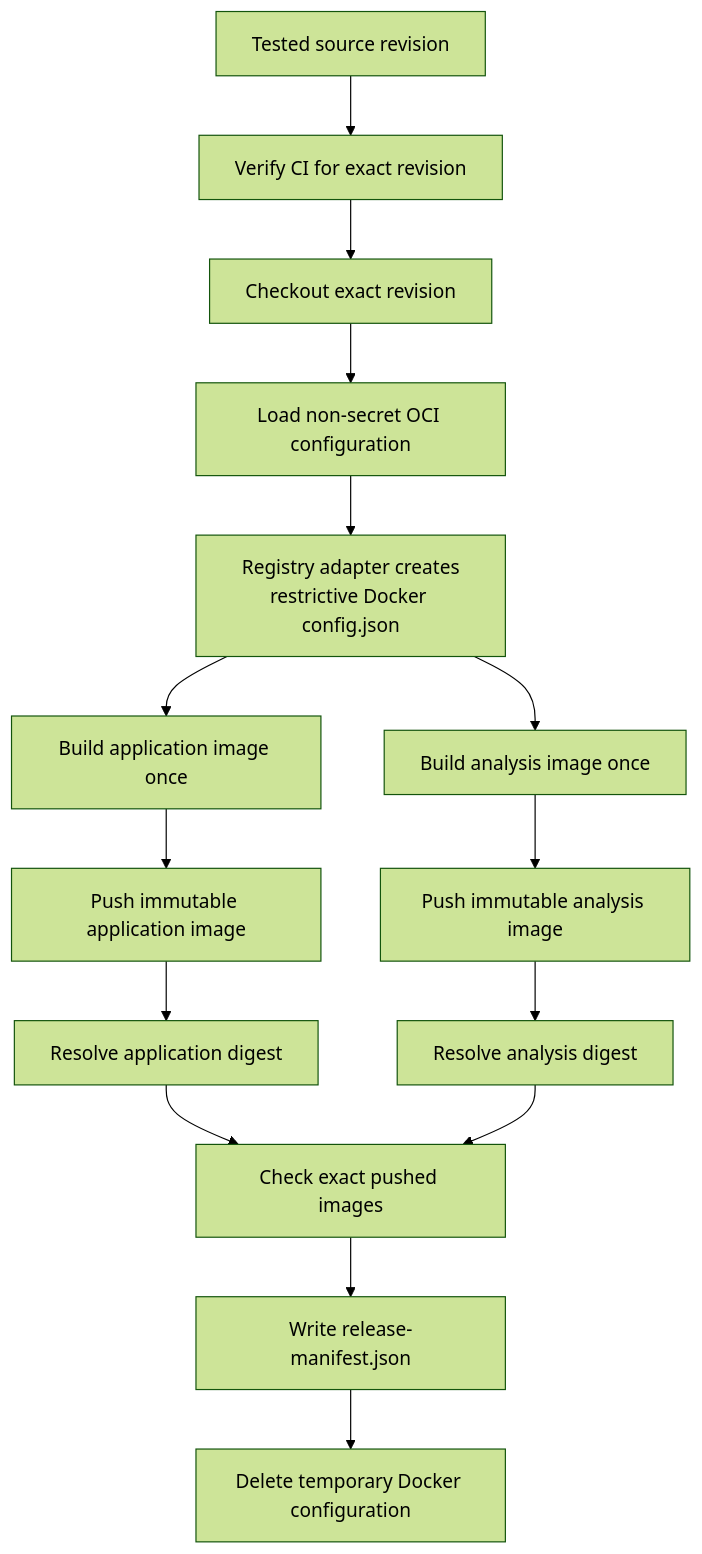
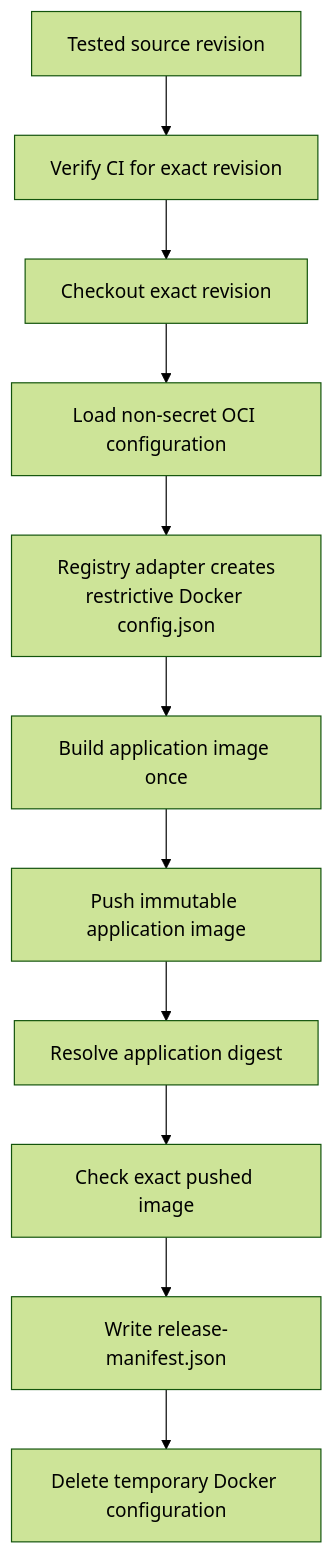
The eighth of 9 diagrams in docs/inprogress/ci-cd-pipeline.md (michalo1334/master_thesis), drawn with Mermaid (forest theme) before and after one commit. The commit also changed other lines of this file and 326 other files, not shown here.

````diff
--- a/docs/inprogress/ci-cd-pipeline.md
+++ b/docs/inprogress/ci-cd-pipeline.md
@@ -204,17 +182,13 @@
 ```mermaid
 flowchart TD
   revision[Tested source revision] --> verify[Verify CI for exact revision]
   verify --> checkout[Checkout exact revision]
   checkout --> config[Load non-secret OCI configuration]
   config --> auth[Registry adapter creates<br/>restrictive Docker config.json]
   auth --> appBuild[Build application image once]
-  auth --> analysisBuild[Build analysis image once]
   appBuild --> appPush[Push immutable application image]
-  analysisBuild --> analysisPush[Push immutable analysis image]
   appPush --> appDigest[Resolve application digest]
-  analysisPush --> analysisDigest[Resolve analysis digest]
-  appDigest --> checks[Check exact pushed images]
-  analysisDigest --> checks
+  appDigest --> checks[Check exact pushed image]
   checks --> manifest[Write release-manifest.json]
   manifest --> cleanup[Delete temporary Docker configuration]
 ```
````
